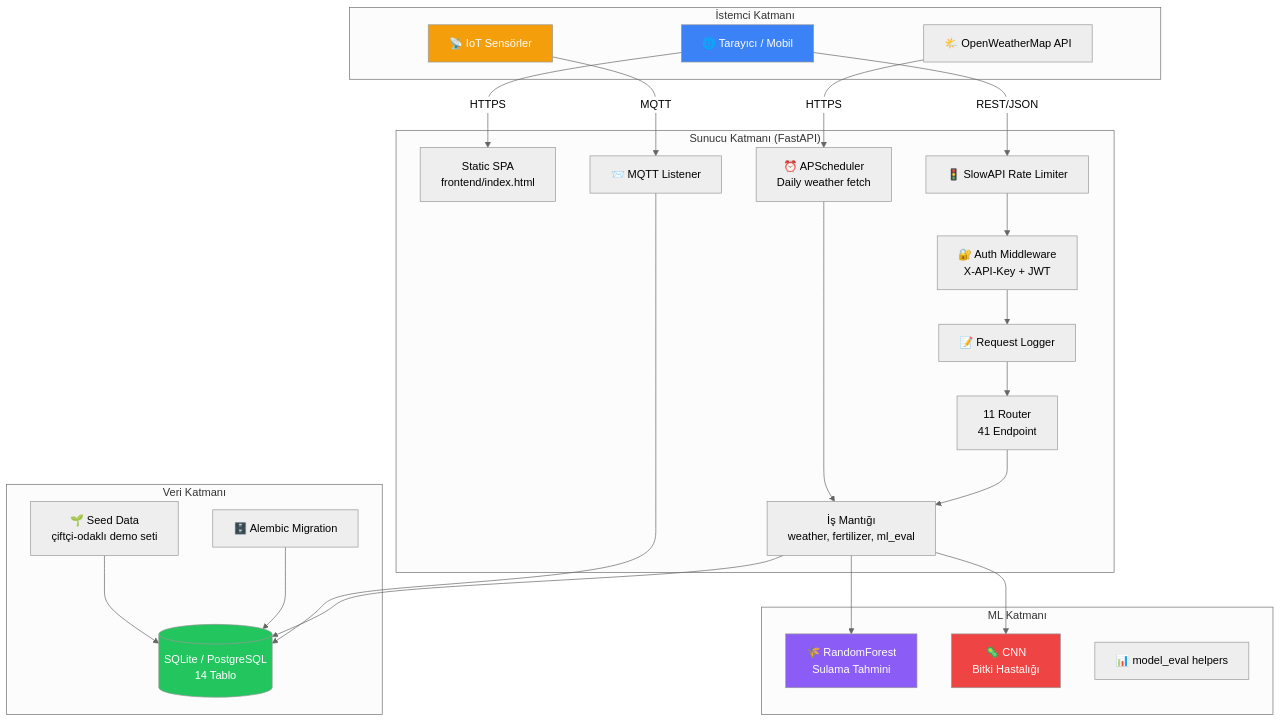
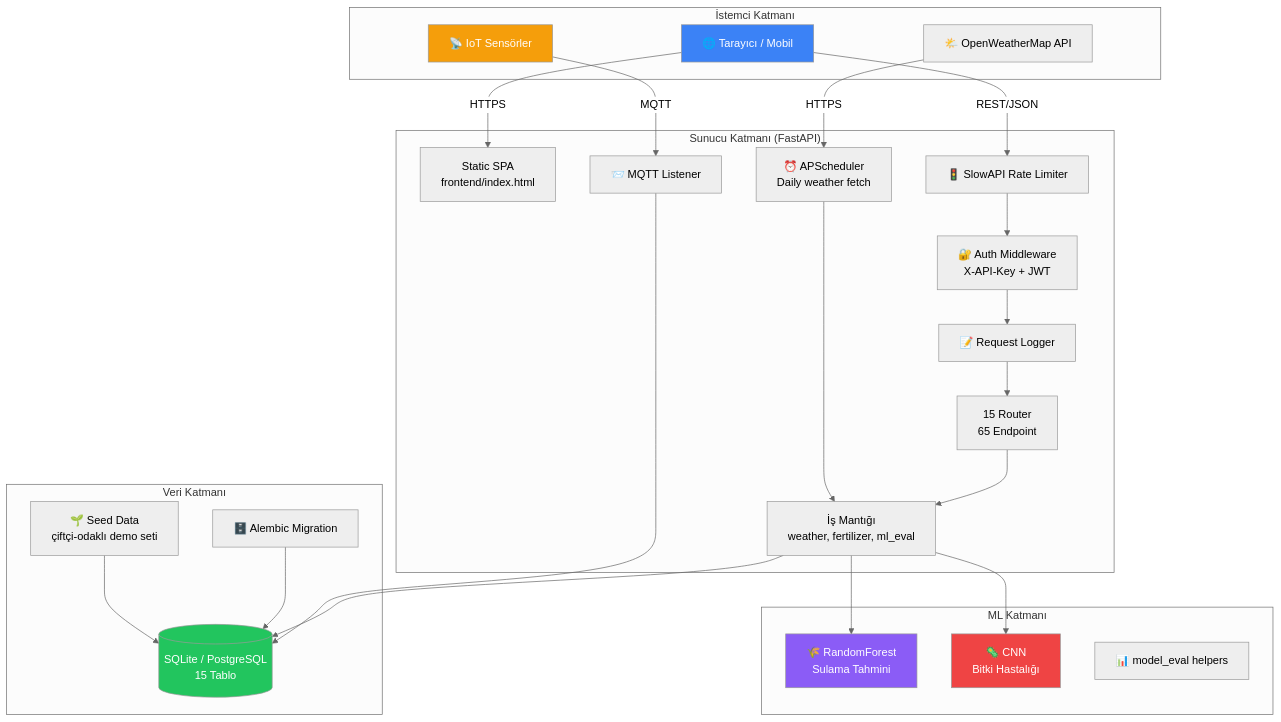
The first of 6 diagrams in docs/architecture.md (Ohualtex/Smart_Farming_Data_Analysis_Platform), drawn with Mermaid (neutral theme) before and after one commit. The commit also changed other lines of this file, not shown here.

First line of the commit message:
docs(architecture): REBUILD pivot + güncel router/endpoint sayıları + RBAC (fixroll_v2 #23)

````diff
--- a/docs/architecture.md
+++ b/docs/architecture.md
@@ -10,55 +15,55 @@
 ```mermaid
 graph TB
     subgraph "İstemci Katmanı"
         Browser[🌐 Tarayıcı / Mobil]
         Sensor[📡 IoT Sensörler]
         ExtAPI[🌤️ OpenWeatherMap API]
     end
 
     subgraph "Sunucu Katmanı (FastAPI)"
         Static[Static SPA<br/>frontend/index.html]
         Auth[🔐 Auth Middleware<br/>X-API-Key + JWT]
         RateLimit[🚦 SlowAPI Rate Limiter]
         ReqLog[📝 Request Logger]
-        Routers[11 Router<br/>41 Endpoint]
+        Routers[15 Router<br/>65 Endpoint]
         Services[İş Mantığı<br/>weather, fertilizer, ml_eval]
         Tasks[⏰ APScheduler<br/>Daily weather fetch]
         MQTT[📨 MQTT Listener]
     end
 
     subgraph "ML Katmanı"
         Irrigation[🌾 RandomForest<br/>Sulama Tahmini]
         CNN[🦠 CNN<br/>Bitki Hastalığı]
         Eval[📊 model_eval helpers]
     end
 
     subgraph "Veri Katmanı"
-        DB[(SQLite / PostgreSQL<br/>14 Tablo)]
+        DB[(SQLite / PostgreSQL<br/>15 Tablo)]
         Migration[🗄️ Alembic Migration]
         Seed[🌱 Seed Data<br/>çiftçi-odaklı demo seti]
     end
 
     Browser -->|HTTPS| Static
     Browser -->|REST/JSON| RateLimit
     Sensor -->|MQTT| MQTT
     ExtAPI -->|HTTPS| Tasks
 
     RateLimit --> Auth
     Auth --> ReqLog
     ReqLog --> Routers
     Routers --> Services
     Services --> DB
     Services --> Irrigation
     Services --> CNN
     Tasks --> Services
     MQTT --> DB
 
     Migration --> DB
     Seed --> DB
 
     style Browser fill:#3b82f6,color:#fff
     style Sensor fill:#f59e0b,color:#fff
     style DB fill:#22c55e,color:#fff
     style Irrigation fill:#8b5cf6,color:#fff
     style CNN fill:#ef4444,color:#fff
 ```
````
